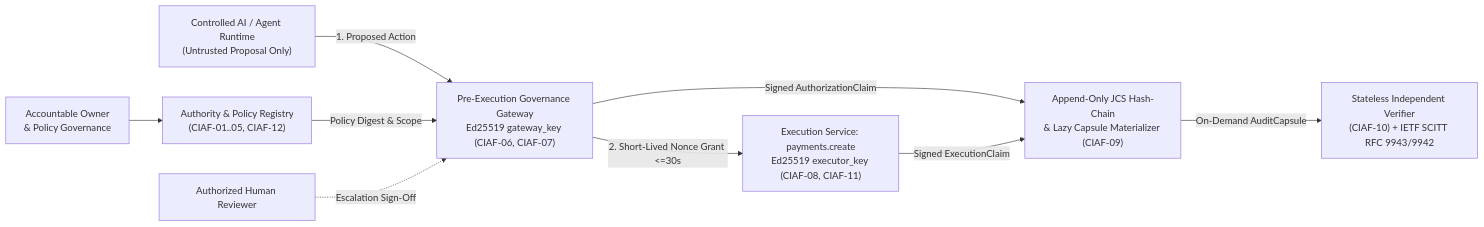
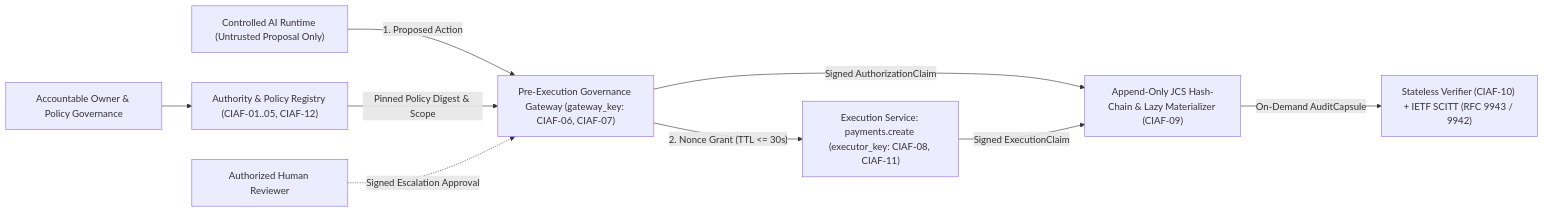
The diagram in README.md (DenzilGreenwood/ciaf-lcm-reference), drawn with Mermaid before and after one commit. The commit also changed 8 other files, not shown here.

Commit message:
Render interactive Mermaid SVG diagrams on index.html and spec pages

````diff
--- a/README.md
+++ b/README.md
@@ -59,11 +59,11 @@
 ```mermaid
 flowchart LR
-    Owner["Accountable Owner<br/>& Policy Governance"] --> Reg["Authority & Policy Registry<br/>(CIAF-01..05, CIAF-12)"]
-    Agent["Controlled AI / Agent Runtime<br/>(Untrusted Proposal Only)"] -->|1. Proposed Action| GW["Pre-Execution Governance Gateway<br/>Ed25519 gateway_key (CIAF-06, CIAF-07)"]
-    Reg -->|Policy Digest & Scope| GW
-    Human["Authorized Human Reviewer"] -.->|Escalation Sign-Off| GW
-    GW -->|2. Short-Lived Nonce Grant <=30s| Exec["Execution Service: payments.create<br/>Ed25519 executor_key (CIAF-08, CIAF-11)"]
-    GW -->|Signed AuthorizationClaim| Ledger["Append-Only JCS Hash-Chain<br/>& Lazy Capsule Materializer (CIAF-09)"]
-    Exec -->|Signed ExecutionClaim| Ledger
-    Ledger -->|On-Demand AuditCapsule| Verifier["Stateless Independent Verifier<br/>(CIAF-10) + IETF SCITT RFC 9943/9942"]
+    Owner["Accountable Owner & Policy Governance"] --> Reg["Authority & Policy Registry (CIAF-01..05, CIAF-12)"]
+    Agent["Controlled AI Runtime (Untrusted Proposal Only)"] -->|"1. Proposed Action"| GW["Pre-Execution Governance Gateway (gateway_key: CIAF-06, CIAF-07)"]
+    Reg -->|"Pinned Policy Digest & Scope"| GW
+    Human["Authorized Human Reviewer"] -.->|"Signed Escalation Approval"| GW
+    GW -->|"2. Nonce Grant (TTL <= 30s)"| Exec["Execution Service: payments.create (executor_key: CIAF-08, CIAF-11)"]
+    GW -->|"Signed AuthorizationClaim"| Ledger["Append-Only JCS Hash-Chain & Lazy Materializer (CIAF-09)"]
+    Exec -->|"Signed ExecutionClaim"| Ledger
+    Ledger -->|"On-Demand AuditCapsule"| Verifier["Stateless Verifier (CIAF-10) + IETF SCITT (RFC 9943 / 9942)"]
 ```
````
